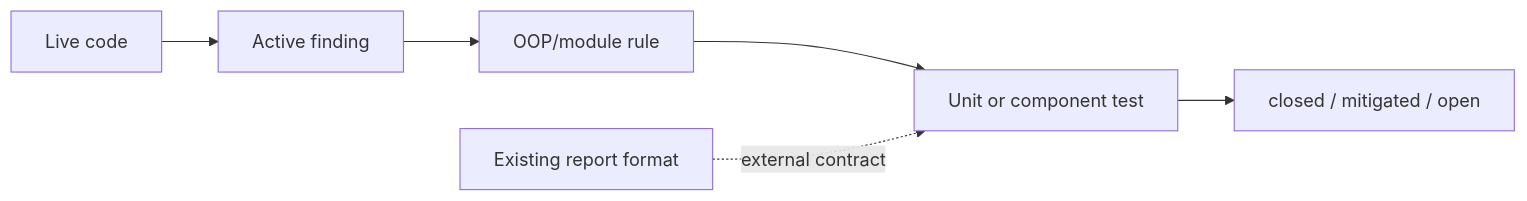
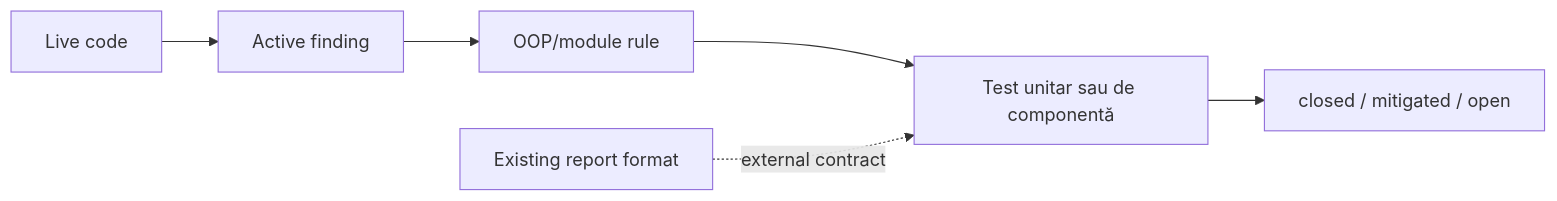
Before and after one commit to crististefanita/CS1: the diagram in docs/feedback/README.md, drawn with Mermaid. The commit also changed other lines of this file and 28 other files, not shown here.

````diff
--- a/docs/feedback/README.md
+++ b/docs/feedback/README.md
@@ -21,8 +21,8 @@
 ```mermaid
 flowchart LR
     Code[Live code] --> Finding[Active finding]
     Finding --> Rule[OOP/module rule]
-    Rule --> Test[Unit or component test]
+    Rule --> Test[Test unitar sau de componentă]
     Test --> Status[closed / mitigated / open]
     Format[Existing report format] -. external contract .-> Test
 ```
````
